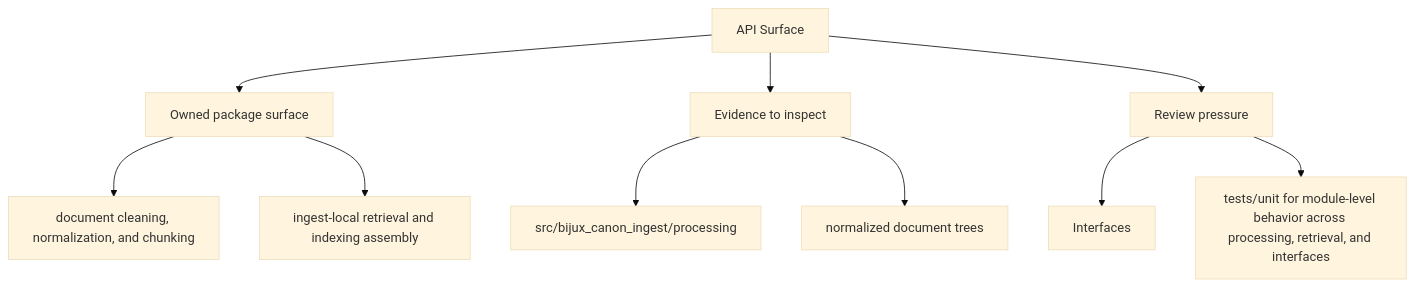
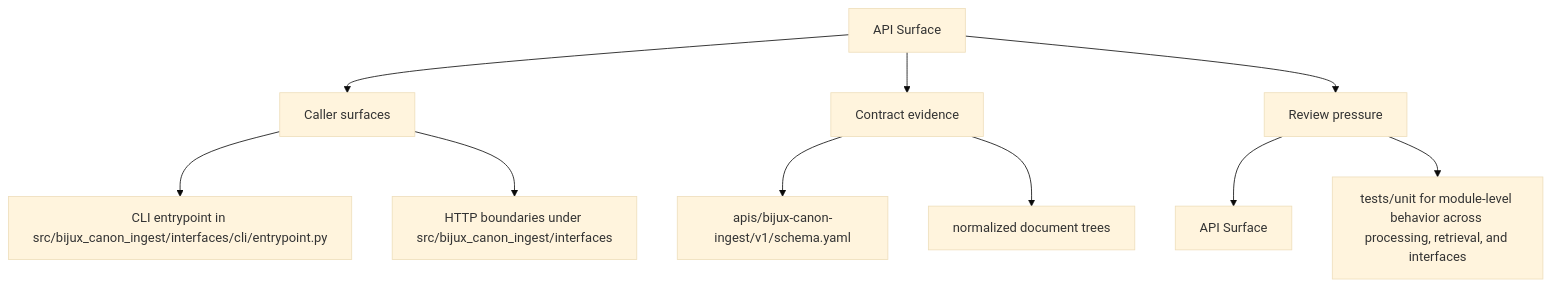
Before and after one commit to bijux/bijux-canon: the second of 2 diagrams in docs/bijux-canon-ingest/interfaces/api-surface.md, drawn with Mermaid (base theme). The commit also changed other lines of this file and 250 other files, not shown here.

Commit message:
docs(diagrams): make product page maps more readable

````diff
--- a/docs/bijux-canon-ingest/interfaces/api-surface.md
+++ b/docs/bijux-canon-ingest/interfaces/api-surface.md
@@ -35,22 +35,22 @@
 ```mermaid
 flowchart TD
     page["API Surface"]
-    focus1["Owned package surface"]
+    focus1["Caller surfaces"]
     page --> focus1
-    focus1_1["document cleaning, normalization, and chunking"]
+    focus1_1["CLI entrypoint in src/bijux_canon_ingest/interfaces/cli/entrypoint.py"]
     focus1 --> focus1_1
-    focus1_2["ingest-local retrieval and indexing assembly"]
+    focus1_2["HTTP boundaries under src/bijux_canon_ingest/interfaces"]
     focus1 --> focus1_2
-    focus2["Evidence to inspect"]
+    focus2["Contract evidence"]
     page --> focus2
-    focus2_1["src/bijux_canon_ingest/processing"]
+    focus2_1["apis/bijux-canon-ingest/v1/schema.yaml"]
     focus2 --> focus2_1
     focus2_2["normalized document trees"]
     focus2 --> focus2_2
     focus3["Review pressure"]
     page --> focus3
-    focus3_1["Interfaces"]
+    focus3_1["API Surface"]
     focus3 --> focus3_1
     focus3_2["tests/unit for module-level behavior across processing, retrieval, and interfaces"]
     focus3 --> focus3_2
 ```
````
